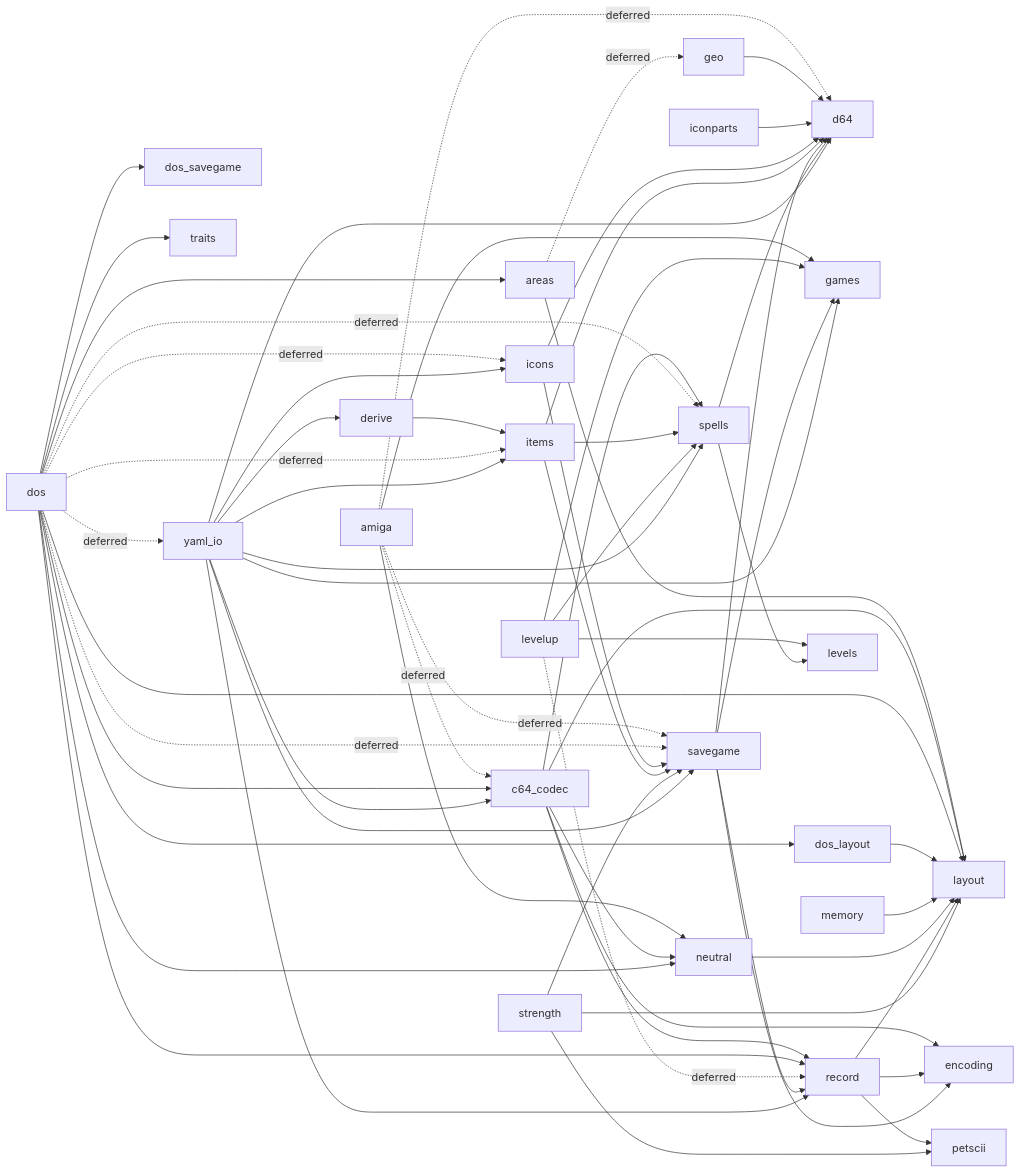
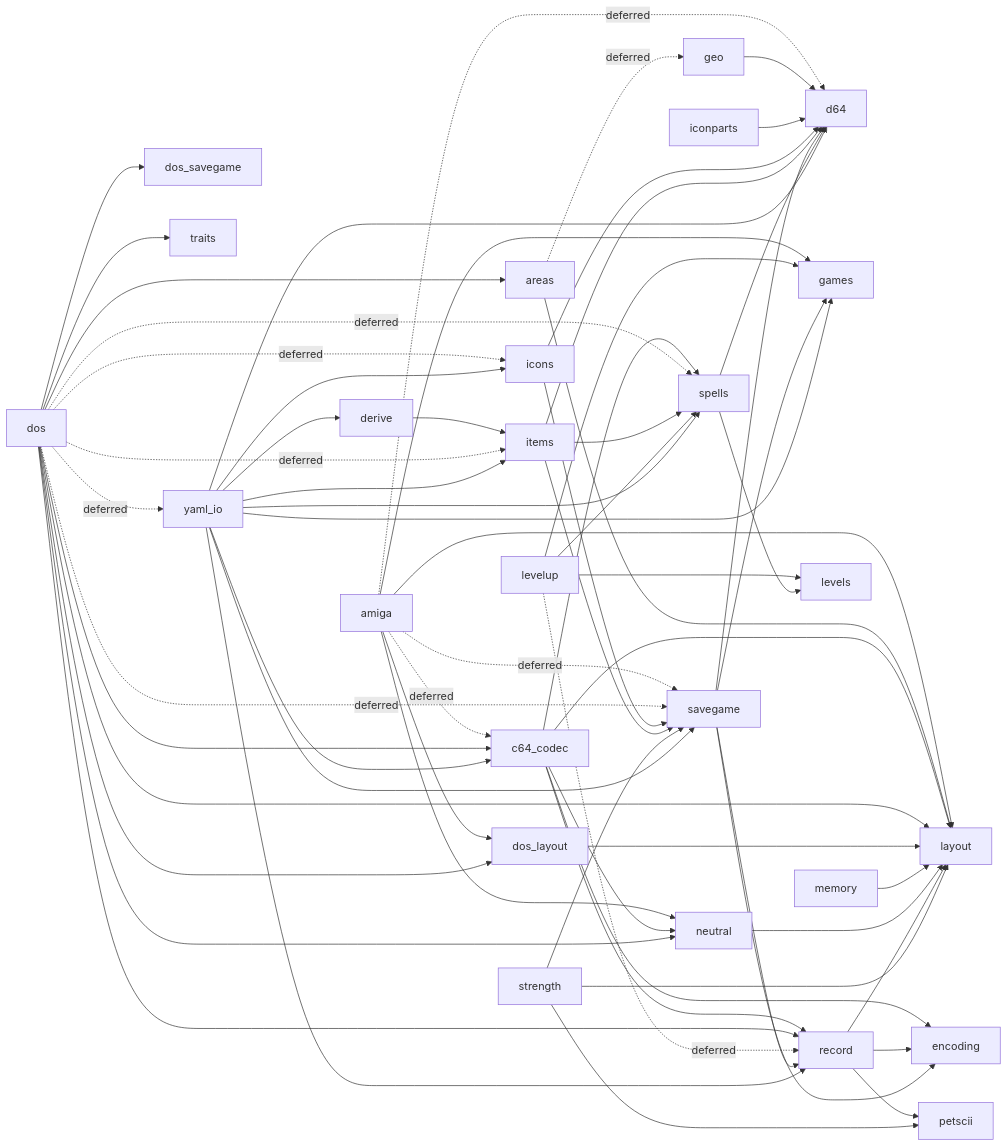
Before and after one commit to malcyon/wish: the fourth of 4 diagrams in docs/117-save-conversion.md, drawn with Mermaid. The commit also changed other lines of this file and 4 other files, not shown here.

````diff
--- a/docs/117-save-conversion.md
+++ b/docs/117-save-conversion.md
@@ -1268,64 +1268,66 @@
 ```mermaid
 graph LR
   amiga -.->|deferred| c64_codec
   amiga -.->|deferred| d64
+  amiga --> dos_layout
   amiga --> games
+  amiga --> layout
   amiga --> neutral
   amiga -.->|deferred| savegame
   areas -.->|deferred| geo
   areas --> layout
   c64_codec --> encoding
   c64_codec --> layout
   c64_codec --> neutral
   c64_codec --> record
   c64_codec --> spells
   derive --> items
   dos --> areas
   dos --> c64_codec
   dos --> dos_layout
   dos --> dos_savegame
   dos -.->|deferred| icons
   dos -.->|deferred| items
   dos --> layout
   dos --> neutral
   dos --> record
   dos -.->|deferred| savegame
   dos -.->|deferred| spells
   dos --> traits
   dos -.->|deferred| yaml_io
   dos_layout --> layout
   geo --> d64
   iconparts --> d64
   icons --> d64
   icons --> savegame
   items --> d64
   items --> savegame
   items --> spells
   levelup --> games
   levelup --> levels
   levelup -.->|deferred| record
   levelup --> spells
   memory --> layout
   neutral --> layout
   record --> encoding
   record --> layout
   record --> petscii
   savegame --> d64
   savegame --> encoding
   savegame --> games
   savegame --> record
   spells --> d64
   spells --> levels
   strength --> layout
   strength --> petscii
   strength --> savegame
   yaml_io --> c64_codec
   yaml_io --> d64
   yaml_io --> derive
   yaml_io --> games
   yaml_io --> icons
   yaml_io --> items
   yaml_io --> record
   yaml_io --> savegame
   yaml_io --> spells
 ```
````
